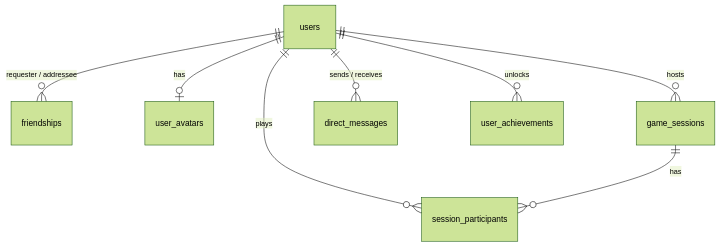
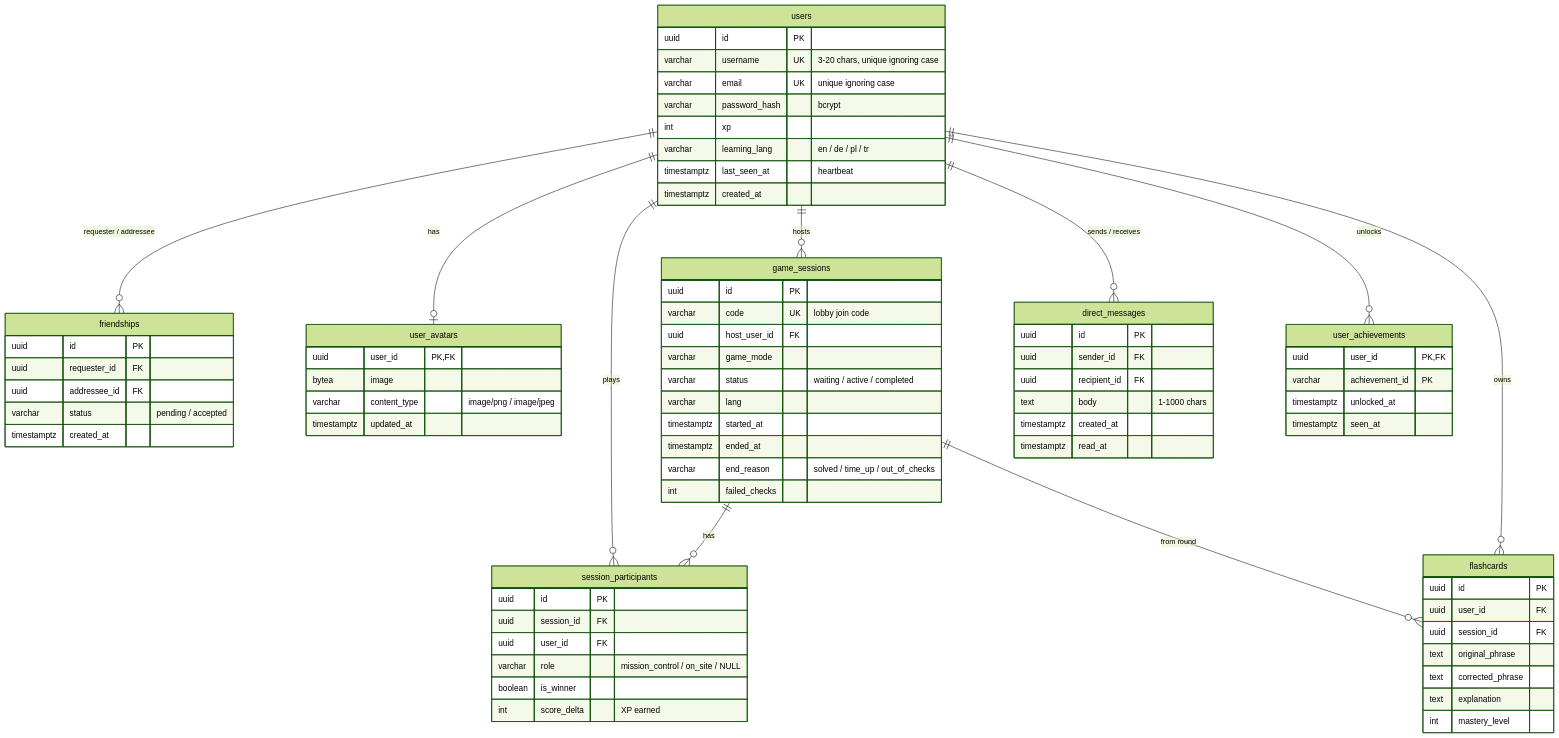
One commit to yousefkh2/ft_transcendence changed the diagram in README.md. Above: the diagram before and after it, drawn with Mermaid (forest theme). The commit also changed other lines of this file, not shown here.

Commit message:
FIX(README): updated README to match current database

````diff
--- a/README.md
+++ b/README.md
@@ -134,10 +135,79 @@
 ```mermaid
 erDiagram
     users ||--o{ friendships : "requester / addressee"
     users ||--o| user_avatars : has
     users ||--o{ session_participants : plays
     game_sessions ||--o{ session_participants : has
+    users ||--o{ game_sessions : hosts
     users ||--o{ direct_messages : "sends / receives"
     users ||--o{ user_achievements : unlocks
-    users ||--o{ game_sessions : hosts
+    users ||--o{ flashcards : owns
+    game_sessions ||--o{ flashcards : "from round"
+
+    users {
+        uuid id PK
+        varchar username UK "3-20 chars, unique ignoring case"
+        varchar email UK "unique ignoring case"
+        varchar password_hash "bcrypt"
+        int xp
+        varchar learning_lang "en / de / pl / tr"
+        timestamptz last_seen_at "heartbeat"
+        timestamptz created_at
+    }
+    friendships {
+        uuid id PK
+        uuid requester_id FK
+        uuid addressee_id FK
+        varchar status "pending / accepted"
+        timestamptz created_at
+    }
+    user_avatars {
+        uuid user_id PK, FK
+        bytea image
+        varchar content_type "image/png / image/jpeg"
+        timestamptz updated_at
+    }
+    game_sessions {
+        uuid id PK
+        varchar code UK "lobby join code"
+        uuid host_user_id FK
+        varchar game_mode
+        varchar status "waiting / active / completed"
+        varchar lang
+        timestamptz started_at
+        timestamptz ended_at
+        varchar end_reason "solved / time_up / out_of_checks"
+        int failed_checks
+    }
+    session_participants {
+        uuid id PK
+        uuid session_id FK
+        uuid user_id FK
+        varchar role "mission_control / on_site / NULL"
+        boolean is_winner
+        int score_delta "XP earned"
+    }
+    direct_messages {
+        uuid id PK
+        uuid sender_id FK
+        uuid recipient_id FK
+        text body "1-1000 chars"
+        timestamptz created_at
+        timestamptz read_at
+    }
+    user_achievements {
+        uuid user_id PK, FK
+        varchar achievement_id PK
+        timestamptz unlocked_at
+        timestamptz seen_at
+    }
+    flashcards {
+        uuid id PK
+        uuid user_id FK
+        uuid session_id FK
+        text original_phrase
+        text corrected_phrase
+        text explanation
+        int mastery_level
+    }
 ```
````
